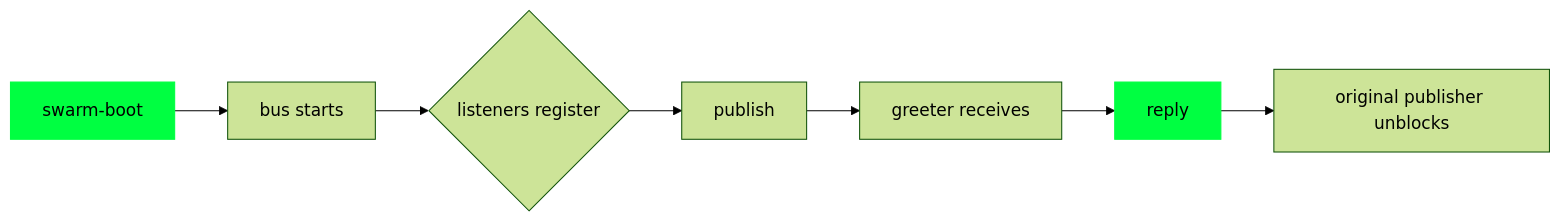
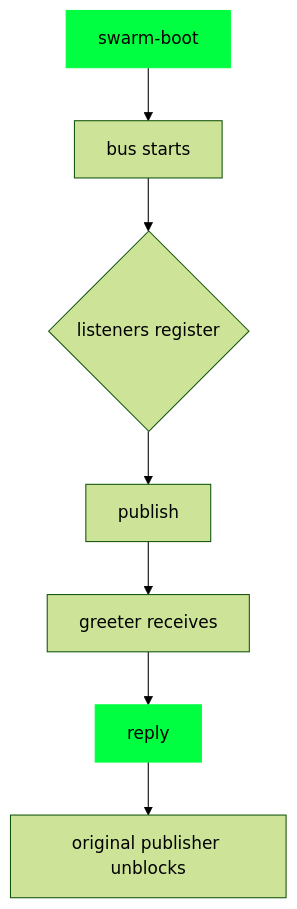
One commit to algsoch/Xml-pipeline changed the diagram in README.md. Above: the diagram before and after it, drawn with Mermaid (forest theme). The commit also changed other lines of this file, not shown here.

First line of the commit message:
Revise Message Flow diagram and clean up README

````diff
--- a/README.md
+++ b/README.md
@@ -49,11 +49,11 @@
 ```mermaid
-flowchart LR
+flowchart TD
     A[swarm-boot] --> B[bus starts]
     B --> C{listeners register}
     C --> D[publish <hello/>]
     D --> E[greeter receives]
     E --> F[reply <hello-response/>]
     F --> G[original publisher unblocks]
     style A fill:#00ff41,stroke:#00ff41
     style F fill:#00ff41,stroke:#00ff41
 ```
````
